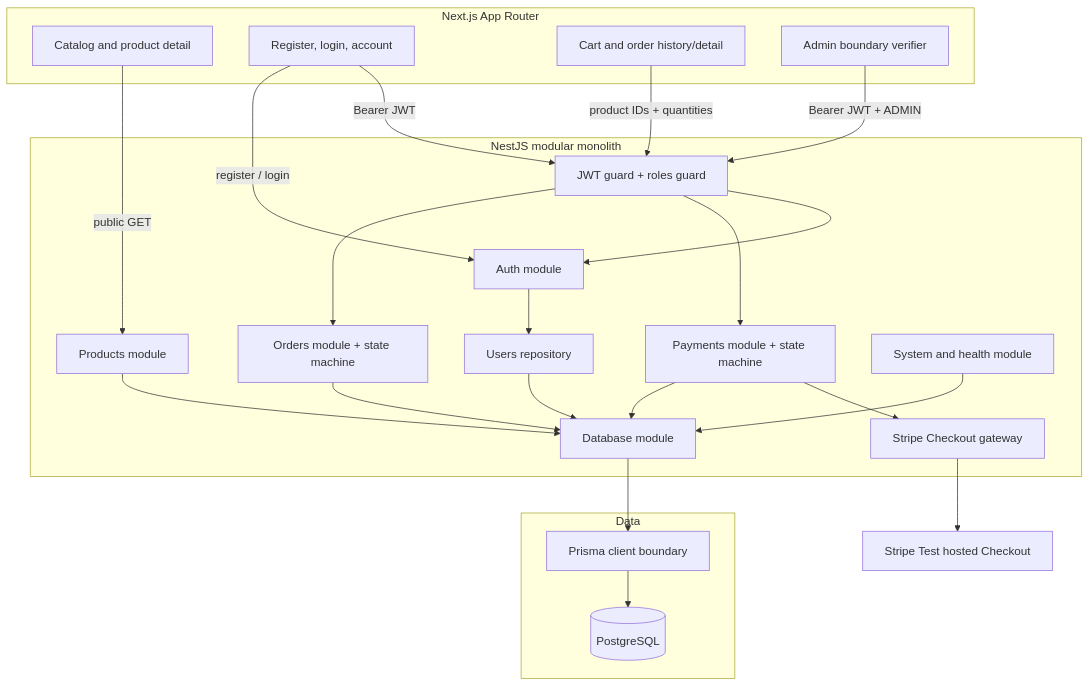
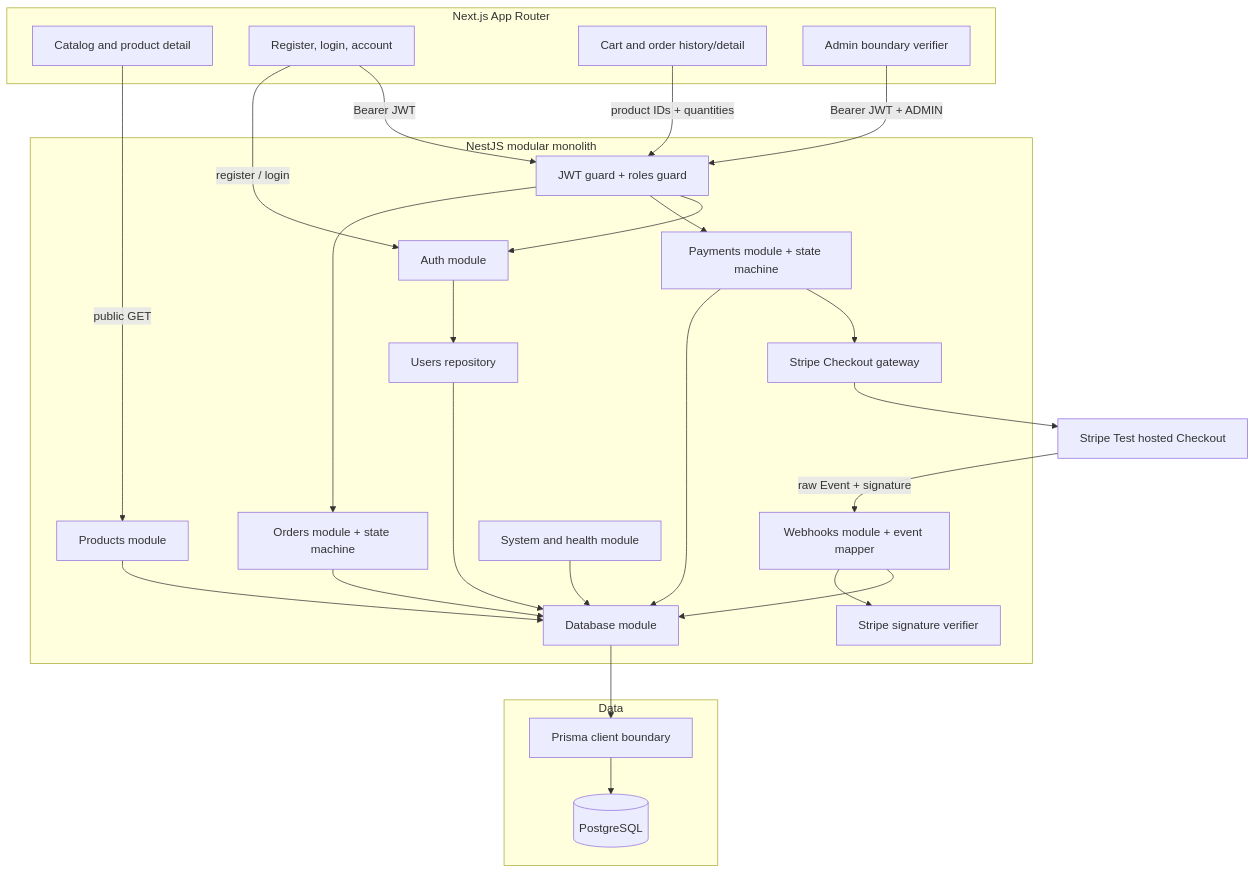
The diagram in docs/architecture.md (tianhao8687/payflow), drawn with Mermaid before and after one commit. The commit also changed other lines of this file and 31 other files, not shown here.

Commit message:
feat: implement stage 4 Stripe webhooks

````diff
--- a/docs/architecture.md
+++ b/docs/architecture.md
@@ -9,43 +10,48 @@
 ```mermaid
 flowchart TB
   subgraph Client[Next.js App Router]
     Catalog[Catalog and product detail]
     AuthUI[Register, login, account]
     Cart[Cart and order history/detail]
     AdminUI[Admin boundary verifier]
   end
 
   subgraph ModularMonolith[NestJS modular monolith]
     Auth[Auth module]
     Users[Users repository]
     Products[Products module]
     Orders[Orders module + state machine]
     Payments[Payments module + state machine]
     StripeGateway[Stripe Checkout gateway]
+    Webhooks[Webhooks module + event mapper]
+    StripeVerifier[Stripe signature verifier]
     Guards[JWT guard + roles guard]
     System[System and health module]
     DatabaseModule[Database module]
   end
 
   subgraph Data
     Prisma[Prisma client boundary]
     Postgres[(PostgreSQL)]
   end
 
   Catalog -->|public GET| Products
   Cart -->|product IDs + quantities| Guards
   Guards --> Orders
   Guards --> Payments
   AuthUI -->|register / login| Auth
   AuthUI -->|Bearer JWT| Guards
   AdminUI -->|Bearer JWT + ADMIN| Guards
   Guards --> Auth
   Auth --> Users
   Products --> DatabaseModule
   Orders --> DatabaseModule
   Payments --> DatabaseModule
   Payments --> StripeGateway --> Stripe[Stripe Test hosted Checkout]
+  Stripe -->|raw Event + signature| Webhooks
+  Webhooks --> StripeVerifier
+  Webhooks --> DatabaseModule
   Users --> DatabaseModule
   System --> DatabaseModule
   DatabaseModule --> Prisma --> Postgres
 ```
````
